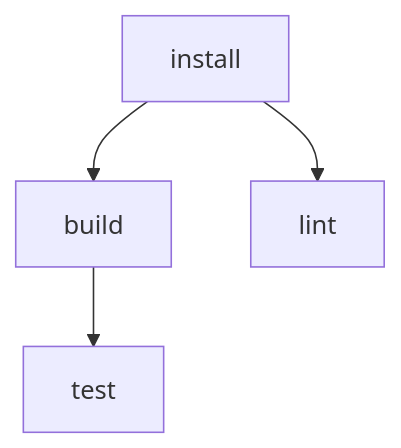
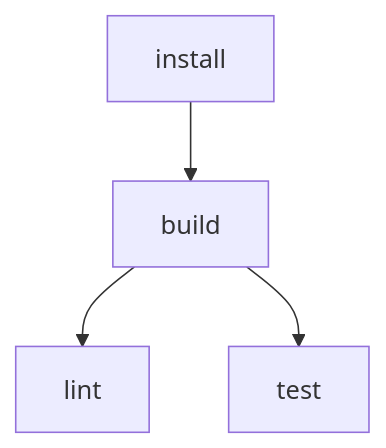
Before and after one commit to typescript-nameof/nameof: the first of 3 diagrams in docs/PipelineWorkflow.md, drawn with Mermaid. The commit also changed 1 other file, not shown here.

Commit message:
Execute `lint` task after building

````diff
--- a/docs/PipelineWorkflow.md
+++ b/docs/PipelineWorkflow.md
@@ -3,11 +3,11 @@
 ```mermaid
 flowchart TD
     install
     build
     lint
     test
 
     install --> build
-    install --> lint
+    build --> lint
     build --> test
 ```
````
